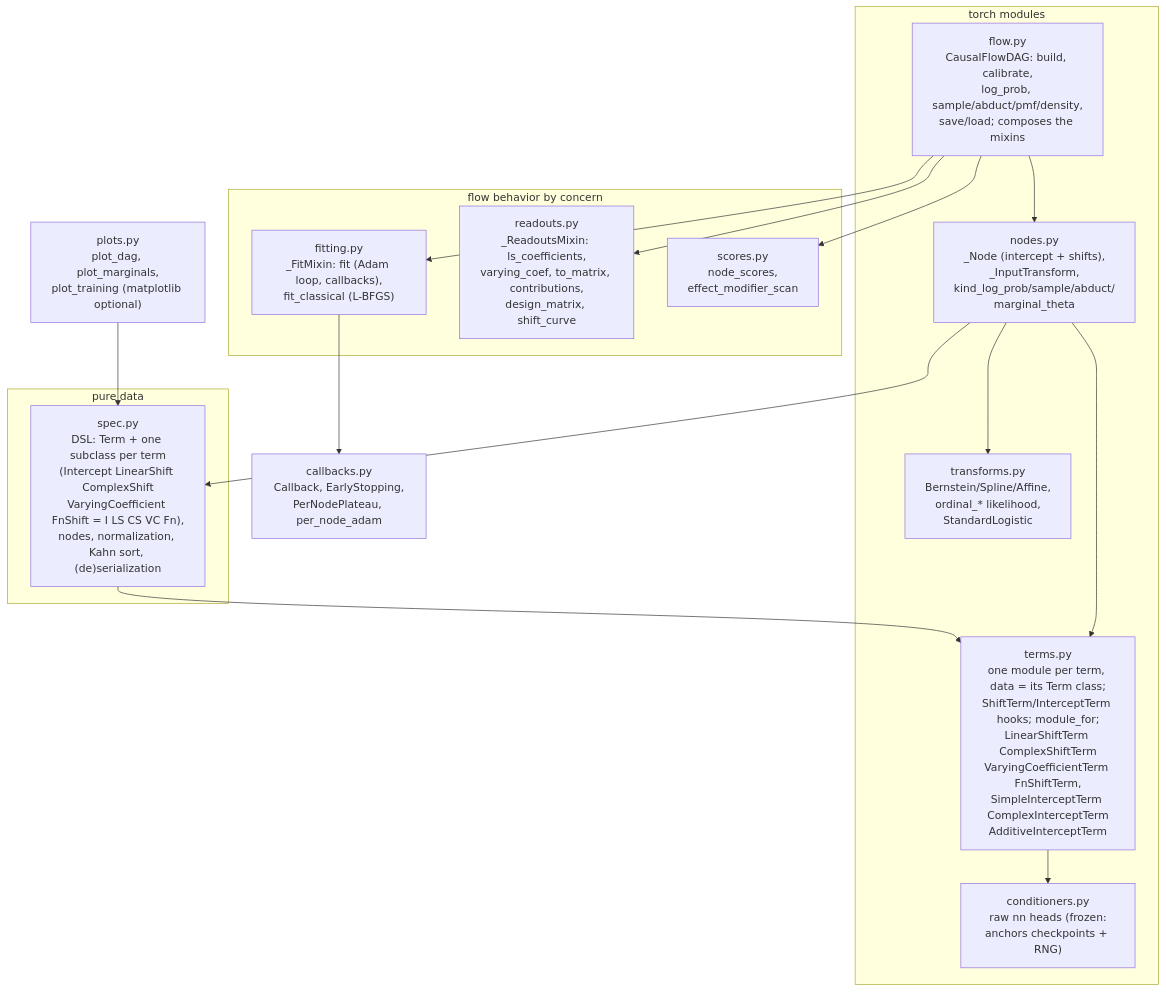
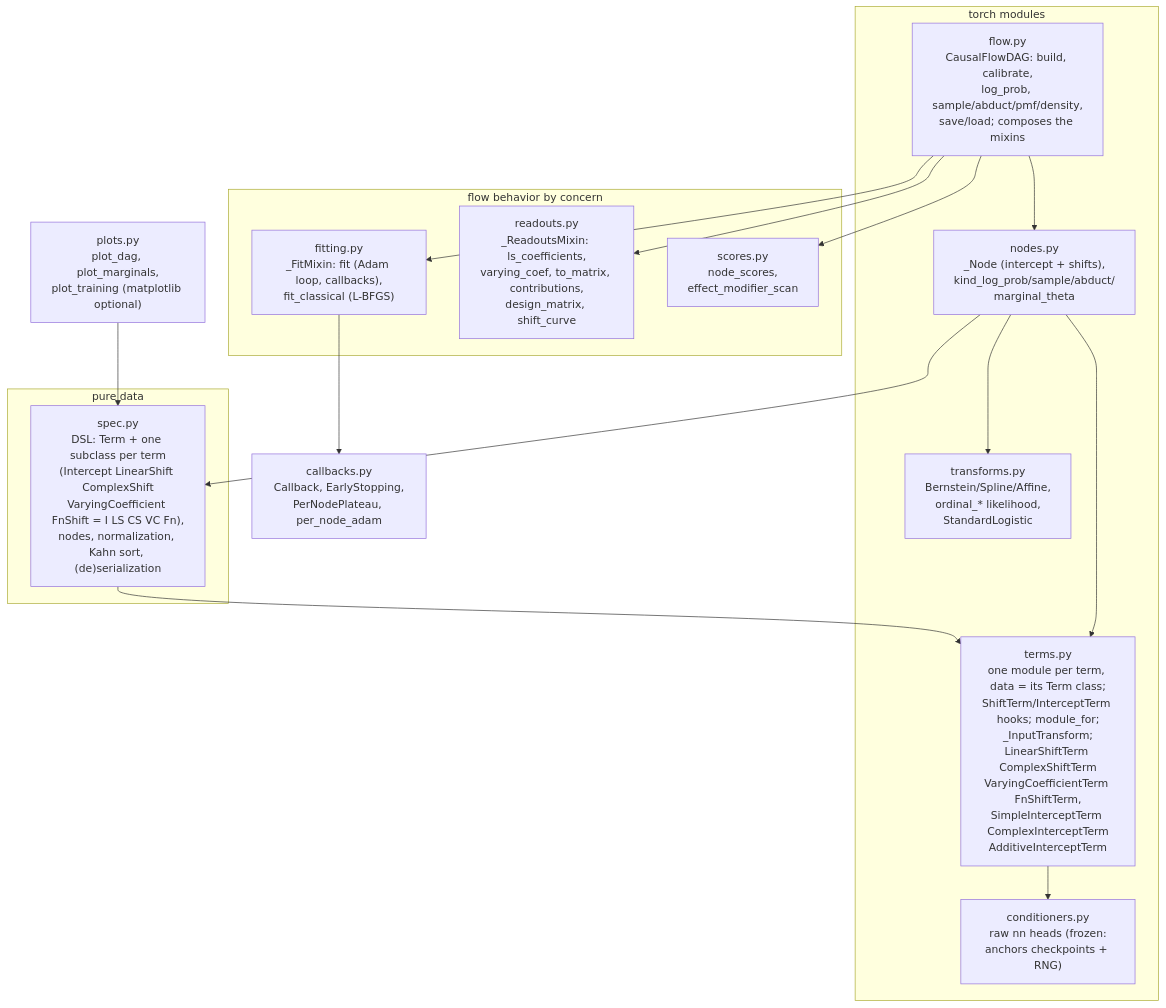
Before and after one commit to tensorchiefs/tramdag: the first of 6 diagrams in docs/architecture.md, drawn with Mermaid. The commit also changed other lines of this file and 11 other files, not shown here.

````diff
--- a/docs/architecture.md
+++ b/docs/architecture.md
@@ -10,32 +12,32 @@
 ```mermaid
 graph TD
     subgraph data["pure data"]
         spec["spec.py<br/>DSL: Term + one subclass per term<br/>(Intercept LinearShift ComplexShift<br/>VaryingCoefficient FnShift = I LS CS VC Fn),<br/>nodes, normalization, Kahn sort, (de)serialization"]
     end
     subgraph torch["torch modules"]
-        terms["terms.py<br/>one module per term, data = its Term class;<br/>ShiftTerm/InterceptTerm hooks; module_for;<br/>LinearShiftTerm ComplexShiftTerm<br/>VaryingCoefficientTerm FnShiftTerm,<br/>SimpleInterceptTerm ComplexInterceptTerm<br/>AdditiveInterceptTerm"]
+        terms["terms.py<br/>one module per term, data = its Term class;<br/>ShiftTerm/InterceptTerm hooks; module_for;<br/>_InputTransform;<br/>LinearShiftTerm ComplexShiftTerm<br/>VaryingCoefficientTerm FnShiftTerm,<br/>SimpleInterceptTerm ComplexInterceptTerm<br/>AdditiveInterceptTerm"]
         conditioners["conditioners.py<br/>raw nn heads (frozen:<br/>anchors checkpoints + RNG)"]
         transforms["transforms.py<br/>Bernstein/Spline/Affine,<br/>ordinal_* likelihood,<br/>StandardLogistic"]
-        nodes["nodes.py<br/>_Node (intercept + shifts),<br/>_InputTransform,<br/>kind_log_prob/sample/abduct/<br/>marginal_theta"]
+        nodes["nodes.py<br/>_Node (intercept + shifts),<br/>kind_log_prob/sample/abduct/<br/>marginal_theta"]
         flow["flow.py<br/>CausalFlowDAG: build, calibrate,<br/>log_prob, sample/abduct/pmf/density,<br/>save/load; composes the mixins"]
     end
     subgraph functions["flow behavior by concern"]
         fitting["fitting.py<br/>_FitMixin: fit (Adam loop, callbacks),<br/>fit_classical (L-BFGS)"]
         readouts["readouts.py<br/>_ReadoutsMixin: ls_coefficients,<br/>varying_coef, to_matrix, contributions,<br/>design_matrix, shift_curve"]
         scores["scores.py<br/>node_scores,<br/>effect_modifier_scan"]
     end
     callbacks["callbacks.py<br/>Callback, EarlyStopping,<br/>PerNodePlateau, per_node_adam"]
     plots["plots.py<br/>plot_dag, plot_marginals,<br/>plot_training (matplotlib optional)"]
 
     spec --> terms
     plots --> spec
     terms --> conditioners
     nodes --> terms
     nodes --> spec
     nodes --> transforms
     flow --> nodes
     flow --> fitting
     flow --> readouts
     flow --> scores
     fitting --> callbacks
 ```
````
